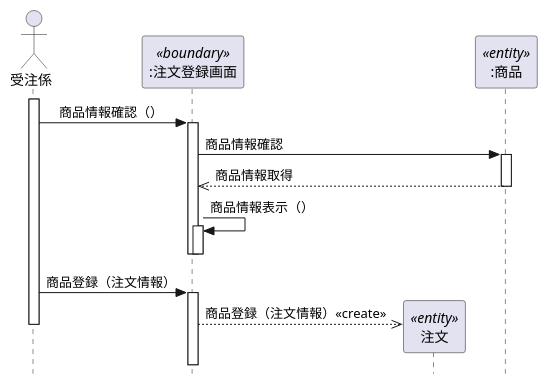
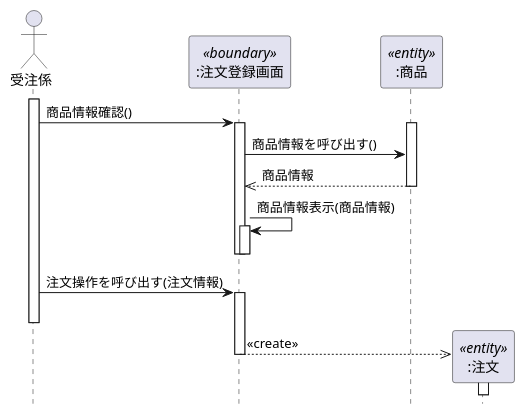
Before and after one commit to tonitonityoppa/uml-introduction: the diagram in 演習4-4_SD_商品注文.pu, drawn with PlantUML.

Commit message:
課題修正

```diff
--- a/演習4-4_SD_商品注文.pu
+++ b/演習4-4_SD_商品注文.pu
@@ -1,28 +1,31 @@
 @startuml 商品注文
 hide footbox
-skinparam style strictuml 
-actor 受注係 as kakari
-participant ":注文登録画面" as toroku <<boundary>>
-participant "注文" as tyumon <<entity>>
-participant ":商品" as syohin <<entity>>
+actor 受注係 as owner
+participant ":注文登録画面" as boundary <<boundary>>
+participant ":商品" as entity <<entity>>
+participant ":注文" as order <<entity>>
 
-activate kakari
-kakari -> toroku:　商品情報確認（）
+activate owner
+owner -> boundary: 商品情報確認()
+activate  boundary
+    activate entity
+        boundary -> entity:商品情報を呼び出す()
+        boundary <<-- entity:商品情報
+    deactivate entity
 
-activate toroku
-toroku -> syohin: 商品情報確認
-activate syohin
-syohin -->> toroku: 商品情報取得
-deactivate syohin
-toroku -> toroku: 商品情報表示（）
-activate toroku
-deactivate toroku
-deactivate toroku
+    boundary -> boundary:商品情報表示(商品情報)
+    activate boundary
+    deactivate boundary
+deactivate boundary
 
-kakari -> toroku: 商品登録（注文情報）
-activate toroku
-create tyumon
-toroku -->> tyumon: 商品登録（注文情報）<<create>>
 
-deactivate kakari
+owner -> boundary:注文操作を呼び出す(注文情報)
+activate boundary
+deactivate owner
+        create order
+            boundary -->> order:<<create>>
+            activate order
+            deactivate order
+deactivate boundary
+
 @enduml
```
